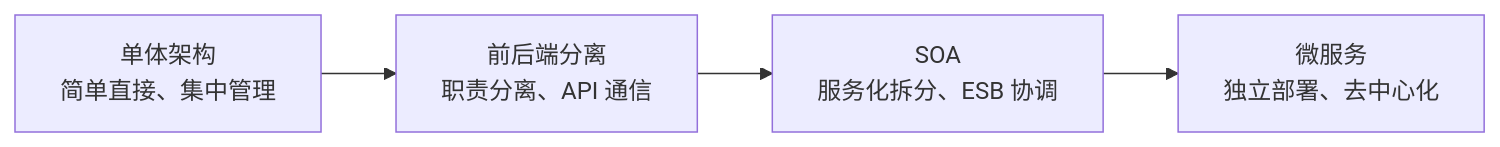
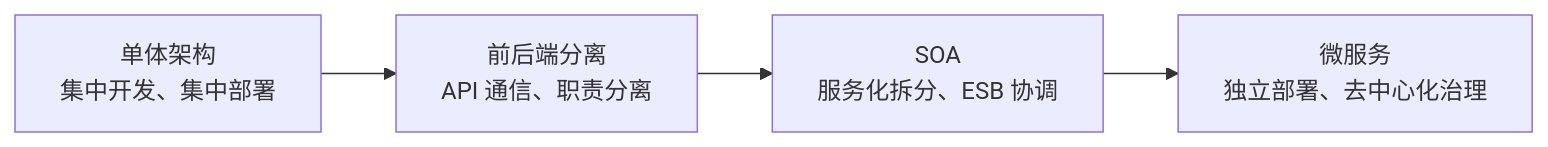
Before and after one commit to crashingby/homepage: the eighth of 9 diagrams in src/content/blog/Software-Construction/Chap04.md, drawn with Mermaid. The commit also changed other lines of this file and 6 other files, not shown here.

````diff
--- a/src/content/blog/Software-Construction/Chap04.md
+++ b/src/content/blog/Software-Construction/Chap04.md
@@ -366,6 +281,6 @@
 ```mermaid
 flowchart LR
-  A["单体架构<br/>简单直接、集中管理"] --> B["前后端分离<br/>职责分离、API 通信"]
-  B --> C["SOA<br/>服务化拆分、ESB 协调"]
-  C --> D["微服务<br/>独立部署、去中心化"]
+  Mono["单体架构<br/>集中开发、集中部署"] --> FE_BE["前后端分离<br/>API 通信、职责分离"]
+  FE_BE --> SOA["SOA<br/>服务化拆分、ESB 协调"]
+  SOA --> Micro["微服务<br/>独立部署、去中心化治理"]
 ```
````
